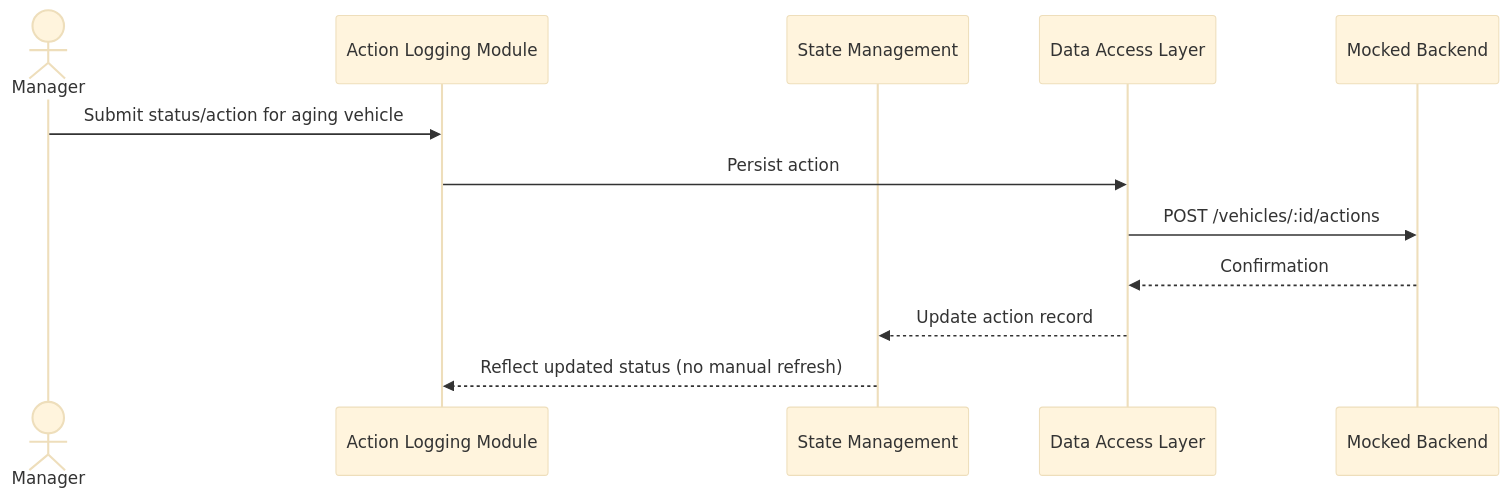
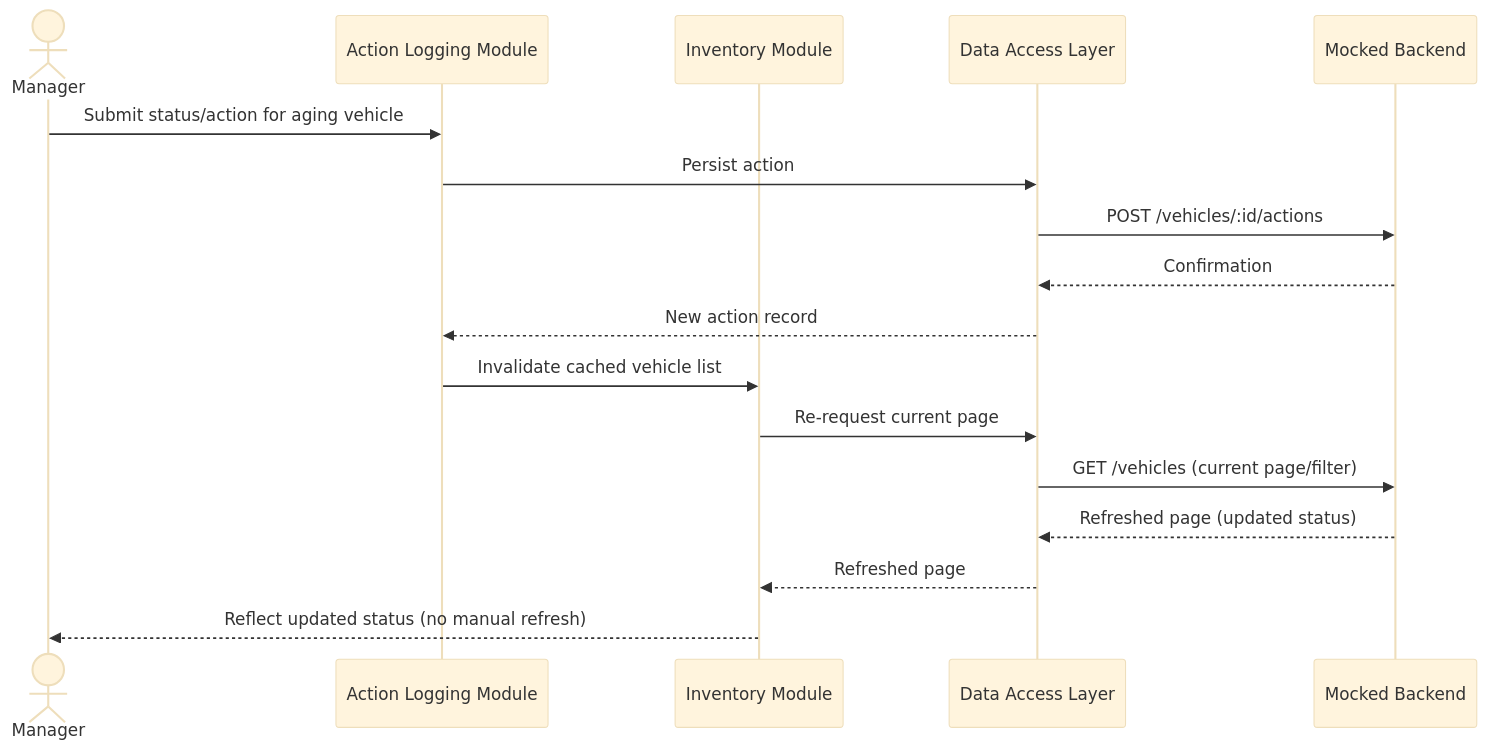
The fifth of 5 diagrams in SDD.md (nmtrong1000/keyloop-challenge), drawn with Mermaid (base theme) before and after one commit. The commit also changed other lines of this file, not shown here.

Commit message:
docs(STORY_15): reconcile SDD with module-owned state and DAL

````diff
--- a/SDD.md
+++ b/SDD.md
@@ -153,15 +149,20 @@
 ```mermaid
 sequenceDiagram
     actor Manager
     participant ALM as Action Logging Module
-    participant State as State Management
+    participant IM as Inventory Module
     participant DAL as Data Access Layer
     participant Mock as Mocked Backend
 
     Manager->>ALM: Submit status/action for aging vehicle
     ALM->>DAL: Persist action
     DAL->>Mock: POST /vehicles/:id/actions
     Mock-->>DAL: Confirmation
-    DAL-->>State: Update action record
-    State-->>ALM: Reflect updated status (no manual refresh)
+    DAL-->>ALM: New action record
+    ALM->>IM: Invalidate cached vehicle list
+    IM->>DAL: Re-request current page
+    DAL->>Mock: GET /vehicles (current page/filter)
+    Mock-->>DAL: Refreshed page (updated status)
+    DAL-->>IM: Refreshed page
+    IM-->>Manager: Reflect updated status (no manual refresh)
 ```
````
